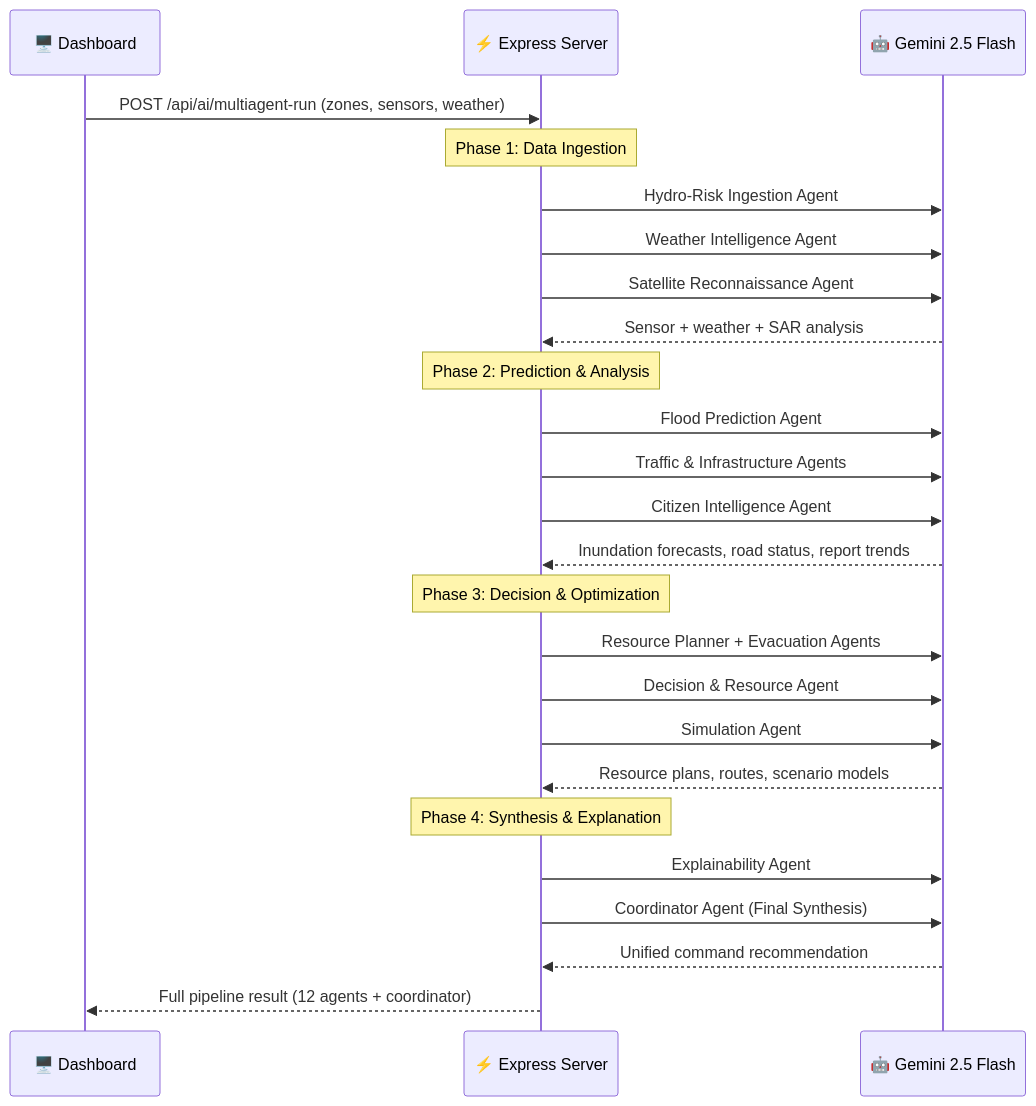
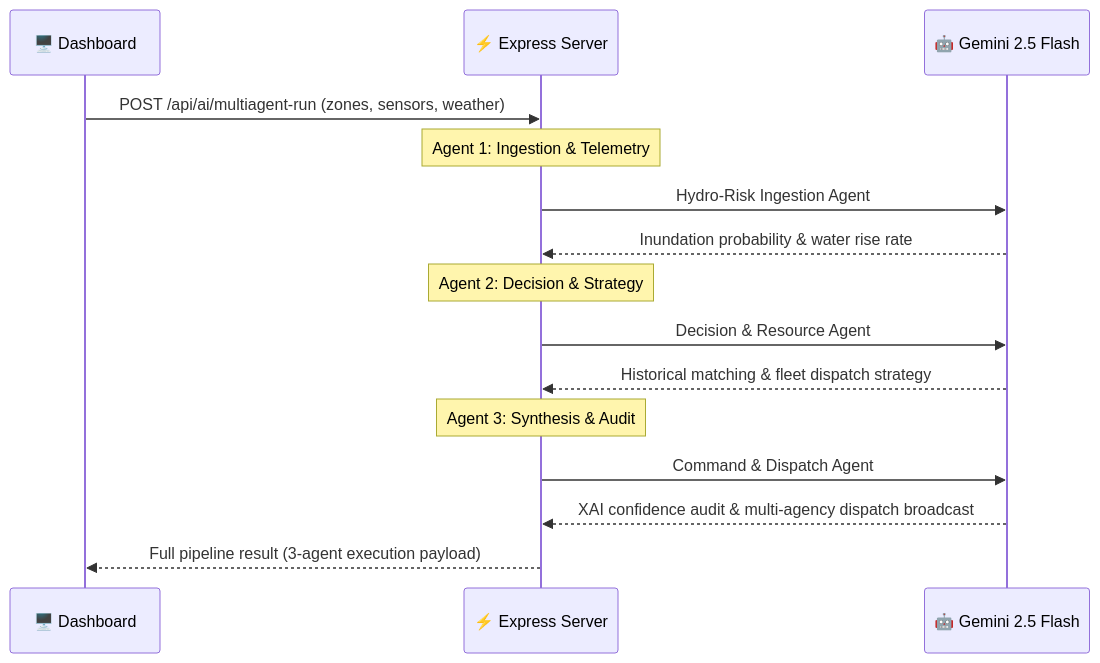
One commit to goprocker/ResponseSync changed the second of 3 diagrams in README.md. Above: the diagram before and after it, drawn with Mermaid. The commit also changed other lines of this file and 6 other files, not shown here.

Commit message:
refactor(pipeline): align documentation and UI metrics with 3-agent AI orchestration pipeline

````diff
--- a/README.md
+++ b/README.md
@@ -154,33 +143,22 @@
 ```mermaid
 sequenceDiagram
     participant UI as 🖥️ Dashboard
     participant API as ⚡ Express Server
     participant G as 🤖 Gemini 2.5 Flash
 
     UI->>API: POST /api/ai/multiagent-run (zones, sensors, weather)
     
-    Note over API: Phase 1: Data Ingestion
+    Note over API: Agent 1: Ingestion & Telemetry
     API->>G: Hydro-Risk Ingestion Agent
-    API->>G: Weather Intelligence Agent
-    API->>G: Satellite Reconnaissance Agent
-    G-->>API: Sensor + weather + SAR analysis
+    G-->>API: Inundation probability & water rise rate
+    
+    Note over API: Agent 2: Decision & Strategy
+    API->>G: Decision & Resource Agent
+    G-->>API: Historical matching & fleet dispatch strategy
 
-    Note over API: Phase 2: Prediction & Analysis
-    API->>G: Flood Prediction Agent
-    API->>G: Traffic & Infrastructure Agents
-    API->>G: Citizen Intelligence Agent
-    G-->>API: Inundation forecasts, road status, report trends
+    Note over API: Agent 3: Synthesis & Audit
+    API->>G: Command & Dispatch Agent
+    G-->>API: XAI confidence audit & multi-agency dispatch broadcast
 
-    Note over API: Phase 3: Decision & Optimization
-    API->>G: Resource Planner + Evacuation Agents
-    API->>G: Decision & Resource Agent
-    API->>G: Simulation Agent
-    G-->>API: Resource plans, routes, scenario models
-
-    Note over API: Phase 4: Synthesis & Explanation
-    API->>G: Explainability Agent
-    API->>G: Coordinator Agent (Final Synthesis)
-    G-->>API: Unified command recommendation
-
-    API-->>UI: Full pipeline result (12 agents + coordinator)
+    API-->>UI: Full pipeline result (3-agent execution payload)
 ```
````
